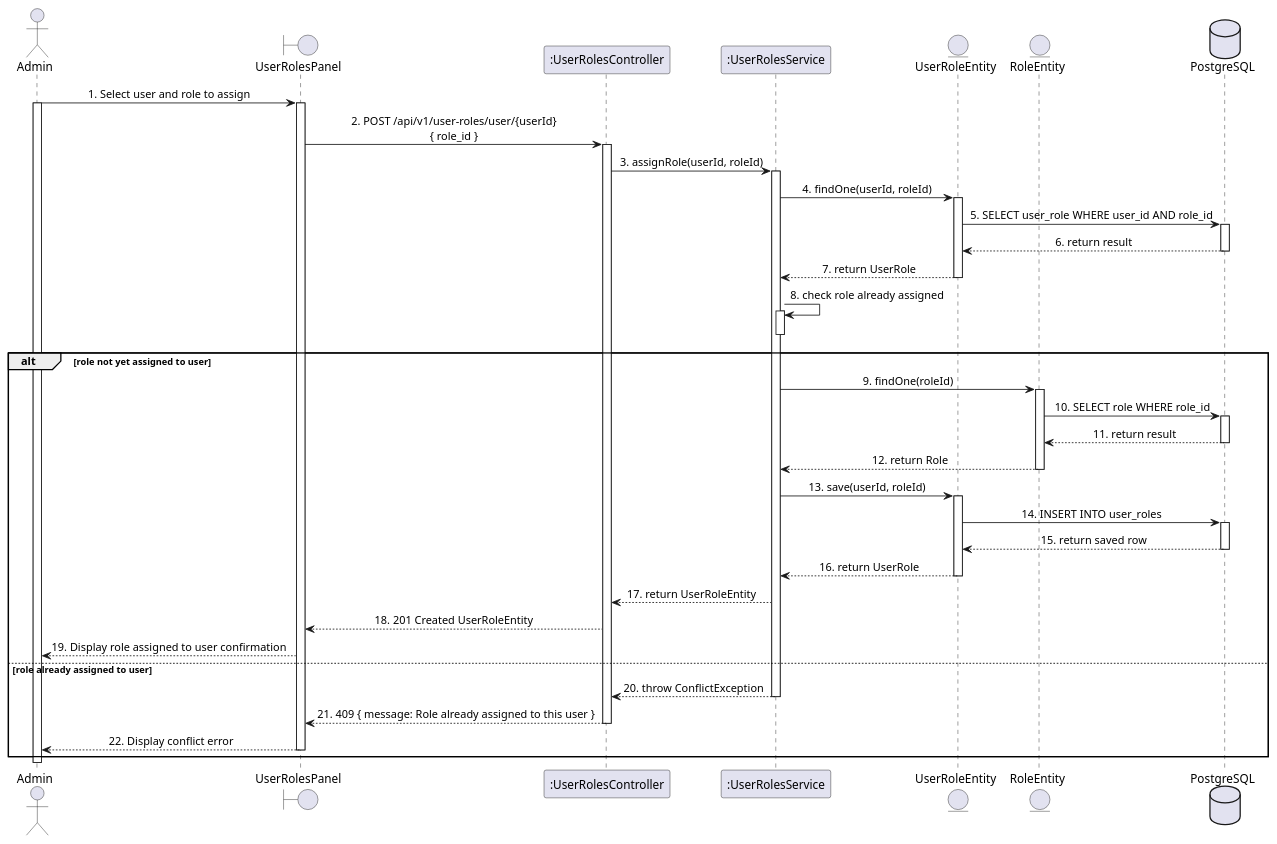
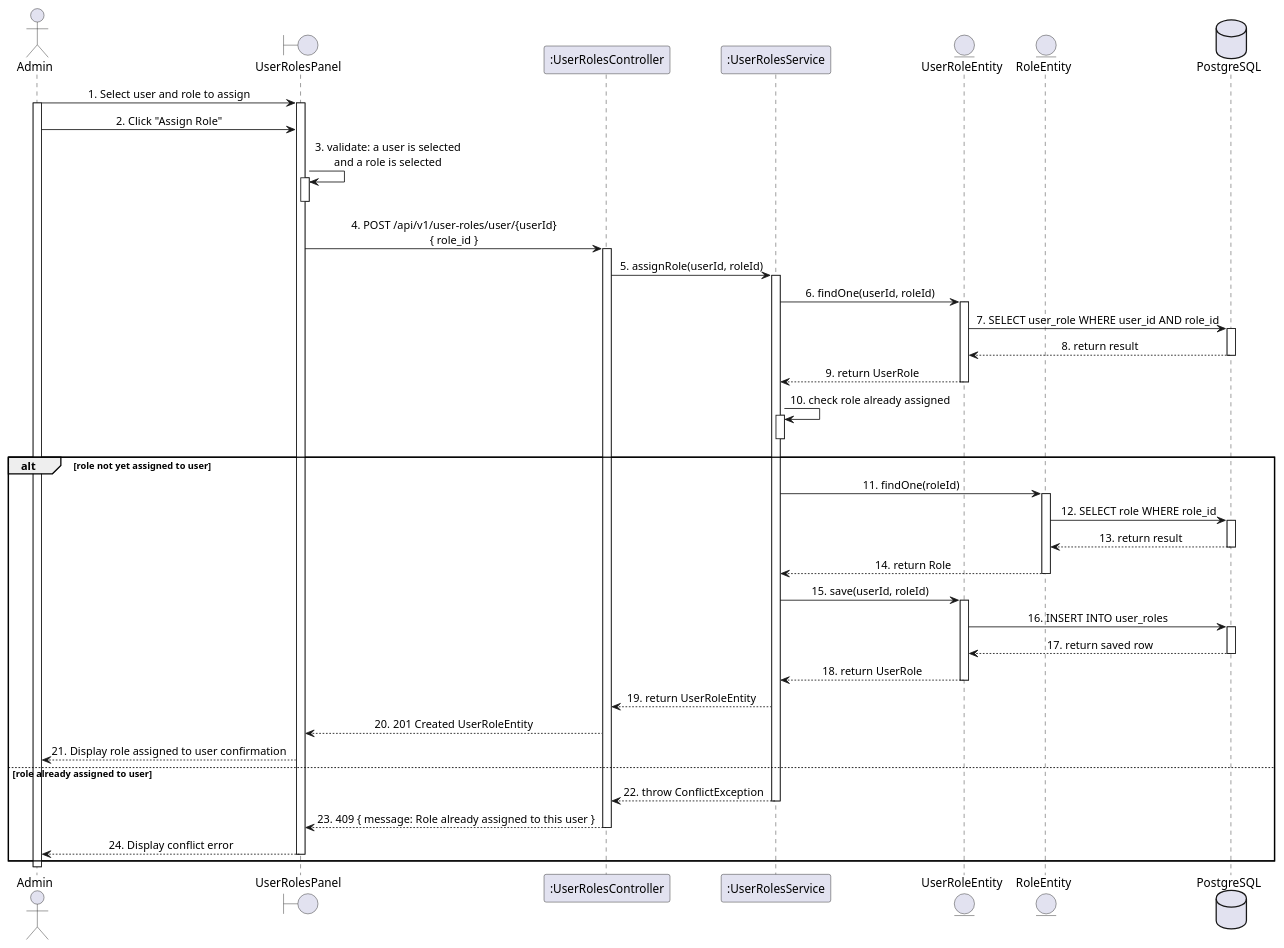
One commit to LTPPPP/Smart-Medical-Intelligent-Ledger-for-E-health-S.M.I.L.E- changed the diagram in docs/sequence-diagram/UC16_AssignRole.puml. Above: the diagram before and after it, drawn with PlantUML. The commit also changed 31 other files, not shown here.

```diff
--- a/docs/sequence-diagram/UC16_AssignRole.puml
+++ b/docs/sequence-diagram/UC16_AssignRole.puml
@@ -1,70 +1,76 @@
 @startuml SequenceDiagram
 skinparam shadowing false
 skinparam sequenceMessageAlign center
 actor "Admin" as user
 boundary "UserRolesPanel" as form
 participant ":UserRolesController" as ctrl
 participant ":UserRolesService" as urSvc
 entity "UserRoleEntity" as urEntity
 entity "RoleEntity" as roleEntity
 database "PostgreSQL" as db
 
 user -> form : 1. Select user and role to assign
 activate user
 activate form
 
-form -> ctrl : 2. POST /api/v1/user-roles/user/{userId}\n{ role_id }
+user -> form : 2. Click "Assign Role"
+
+form -> form : 3. validate: a user is selected\nand a role is selected
+activate form
+deactivate form
+
+form -> ctrl : 4. POST /api/v1/user-roles/user/{userId}\n{ role_id }
 activate ctrl
 
-ctrl -> urSvc : 3. assignRole(userId, roleId)
+ctrl -> urSvc : 5. assignRole(userId, roleId)
 activate urSvc
 
-urSvc -> urEntity : 4. findOne(userId, roleId)
+urSvc -> urEntity : 6. findOne(userId, roleId)
 activate urEntity
-urEntity -> db : 5. SELECT user_role WHERE user_id AND role_id
+urEntity -> db : 7. SELECT user_role WHERE user_id AND role_id
 activate db
-db --> urEntity : 6. return result
+db --> urEntity : 8. return result
 deactivate db
-urEntity --> urSvc : 7. return UserRole
+urEntity --> urSvc : 9. return UserRole
 deactivate urEntity
 
-urSvc -> urSvc : 8. check role already assigned
+urSvc -> urSvc : 10. check role already assigned
 activate urSvc
 deactivate urSvc
 alt role not yet assigned to user
-  urSvc -> roleEntity : 9. findOne(roleId)
+  urSvc -> roleEntity : 11. findOne(roleId)
   activate roleEntity
-  roleEntity -> db : 10. SELECT role WHERE role_id
+  roleEntity -> db : 12. SELECT role WHERE role_id
   activate db
-  db --> roleEntity : 11. return result
+  db --> roleEntity : 13. return result
   deactivate db
-  roleEntity --> urSvc : 12. return Role
+  roleEntity --> urSvc : 14. return Role
   deactivate roleEntity
 
-  urSvc -> urEntity : 13. save(userId, roleId)
+  urSvc -> urEntity : 15. save(userId, roleId)
   activate urEntity
-  urEntity -> db : 14. INSERT INTO user_roles
+  urEntity -> db : 16. INSERT INTO user_roles
   activate db
-  db --> urEntity : 15. return saved row
+  db --> urEntity : 17. return saved row
   deactivate db
-  urEntity --> urSvc : 16. return UserRole
+  urEntity --> urSvc : 18. return UserRole
   deactivate urEntity
 
-  urSvc --> ctrl : 17. return UserRoleEntity
-  ctrl --> form : 18. 201 Created UserRoleEntity
+  urSvc --> ctrl : 19. return UserRoleEntity
+  ctrl --> form : 20. 201 Created UserRoleEntity
 
-  form --> user : 19. Display role assigned to user confirmation
+  form --> user : 21. Display role assigned to user confirmation
 else role already assigned to user
-  urSvc --> ctrl : 20. throw ConflictException
+  urSvc --> ctrl : 22. throw ConflictException
   deactivate urSvc
 
-  ctrl --> form : 21. 409 { message: Role already assigned to this user }
+  ctrl --> form : 23. 409 { message: Role already assigned to this user }
   deactivate ctrl
 
-  form --> user : 22. Display conflict error
+  form --> user : 24. Display conflict error
   deactivate form
 end
 
 deactivate user
 
 @enduml
```
